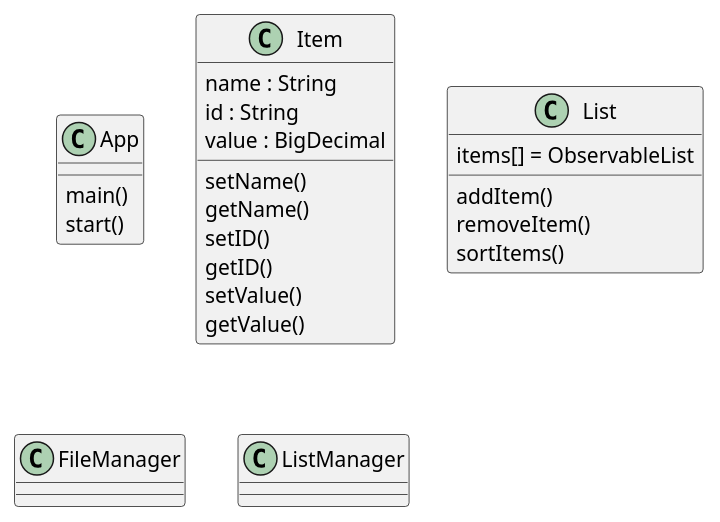
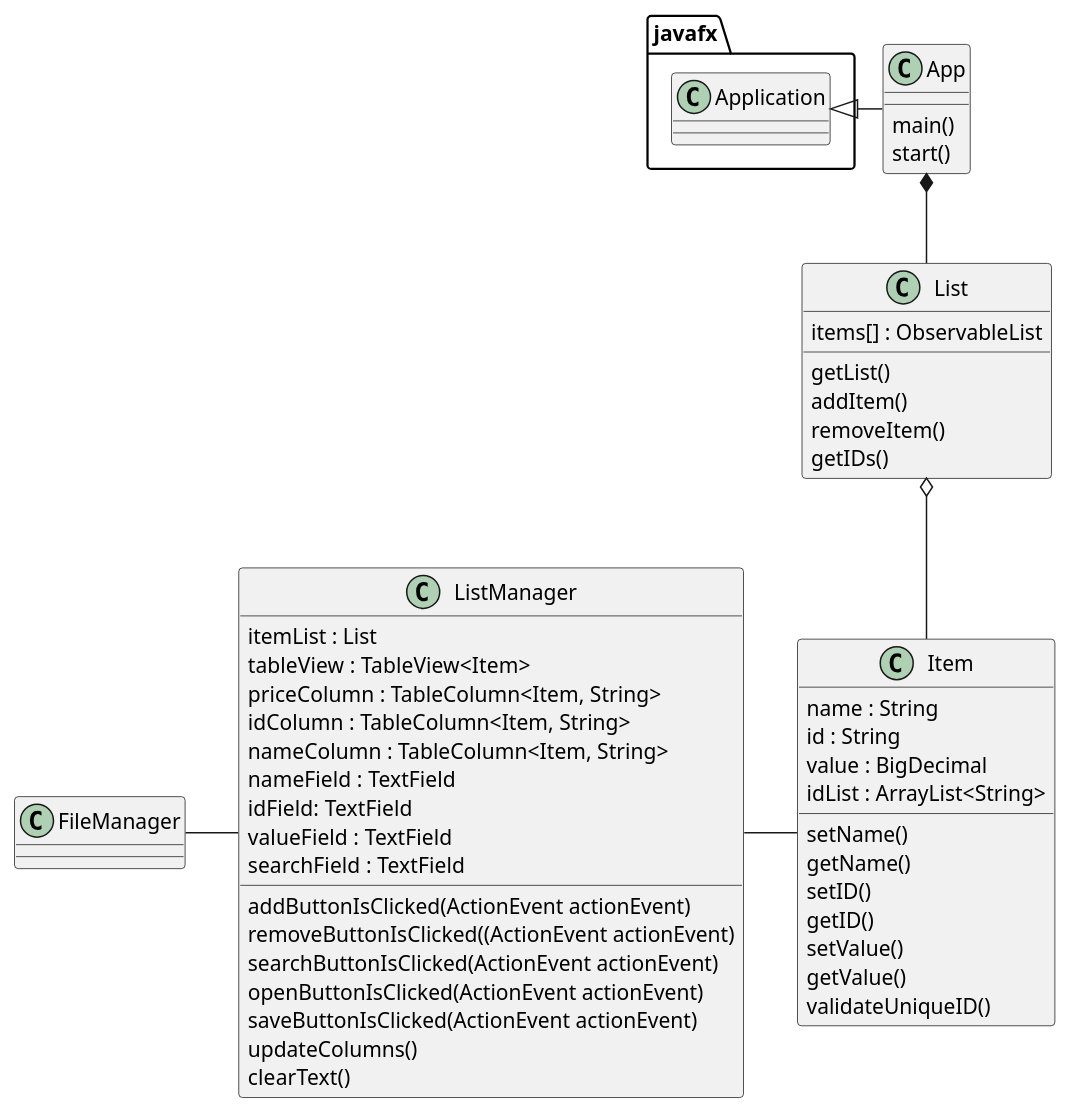
Before and after one commit to nick-vigg/Viggiani-9772-Assignment5: the diagram in PUML/Assignment5.puml, drawn with PlantUML. The commit also changed 2 other files, not shown here.

```diff
--- a/PUML/Assignment5.puml
+++ b/PUML/Assignment5.puml
@@ -1,37 +1,61 @@
 @startuml
 
 class App{
 main()
 start()
 }
 
 class Item{
 name : String
 id : String
 value : BigDecimal
+idList : ArrayList<String>
 
 setName()
 getName()
 setID()
 getID()
 setValue()
 getValue()
+validateUniqueID()
 }
 
 class List{
-items[] = ObservableList
+items[] : ObservableList
 
+getList()
 addItem()
 removeItem()
-sortItems()
-
+getIDs()
 }
 
 class FileManager{
 }
 
 class ListManager{
+itemList : List
+tableView : TableView<Item>
+priceColumn : TableColumn<Item, String>
+idColumn : TableColumn<Item, String>
+nameColumn : TableColumn<Item, String>
+nameField : TextField
+idField: TextField
+valueField : TextField
+searchField : TextField
+
+addButtonIsClicked(ActionEvent actionEvent)
+removeButtonIsClicked((ActionEvent actionEvent)
+searchButtonIsClicked(ActionEvent actionEvent)
+openButtonIsClicked(ActionEvent actionEvent)
+saveButtonIsClicked(ActionEvent actionEvent)
+updateColumns()
+clearText()
 }
 
+javafx.Application <|- App
+App *-- List
+List o-- Item
+ListManager - Item
+FileManager - ListManager
 
 @enduml
```
